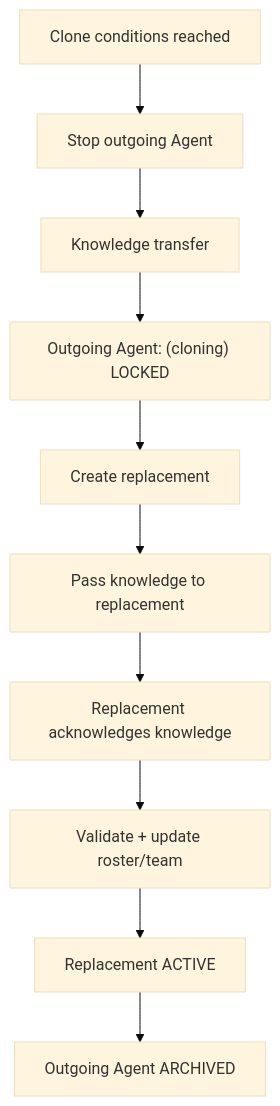
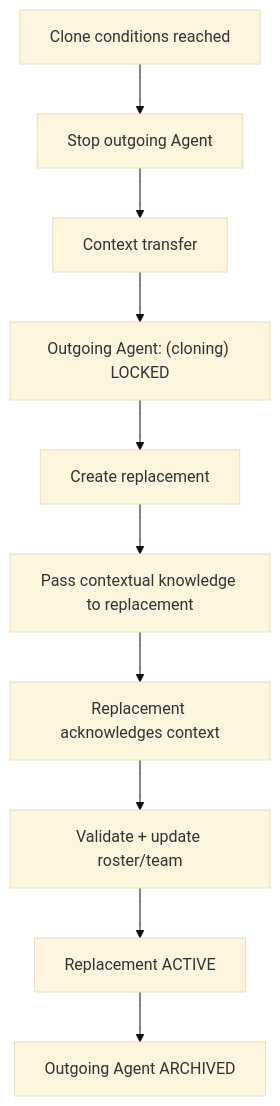
The fifth of 5 diagrams in README.md (starodubtsevconsulting/ai-workflows), drawn with Mermaid (base theme) before and after one commit. The commit also changed other lines of this file, not shown here.

Commit message:
Use contextual knowledge terminology for Agent handoff

````diff
--- a/README.md
+++ b/README.md
@@ -113,12 +115,12 @@
 ```mermaid
 flowchart TD
   A["Clone conditions reached"] --> B["Stop outgoing Agent"]
-  B --> C["Knowledge transfer"]
+  B --> C["Context transfer"]
   C --> D["Outgoing Agent: (cloning) LOCKED"]
   D --> E["Create replacement"]
-  E --> F["Pass knowledge to replacement"]
-  F --> G["Replacement acknowledges knowledge"]
+  E --> F["Pass contextual knowledge to replacement"]
+  F --> G["Replacement acknowledges context"]
   G --> H["Validate + update roster/team"]
   H --> I["Replacement ACTIVE"]
   I --> J["Outgoing Agent ARCHIVED"]
 ```
````
